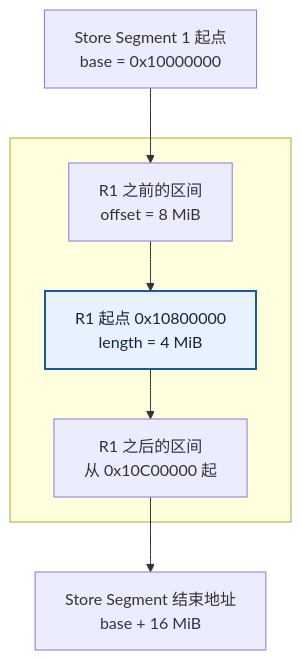
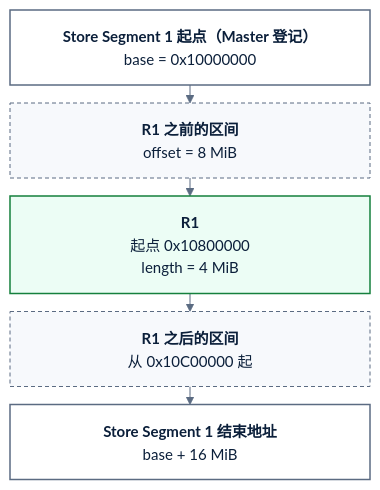
Before and after one commit to Hansyangxingxiang/Mooncake: the second of 2 diagrams in mooncake-kv-cache-series/wechat/02-objects-and-replicas.md, drawn with Mermaid. The commit also changed 9 other files, not shown here.

````diff
--- a/mooncake-kv-cache-series/wechat/02-objects-and-replicas.md
+++ b/mooncake-kv-cache-series/wechat/02-objects-and-replicas.md
@@ -72,14 +72,15 @@
 ```mermaid
+%%{init: {"theme":"base","themeVariables":{"fontFamily":"Noto Sans CJK SC, sans-serif","fontSize":"15px","lineColor":"#5B6B82","edgeLabelBackground":"#FFFFFF"},"flowchart":{"curve":"linear","nodeSpacing":18,"rankSpacing":18,"diagramPadding":4,"htmlLabels":true},"themeCSS":".edgeLabel .label span{font-size:13px !important;line-height:1.3}.nodeLabel{line-height:1.35}"}}%%
 flowchart TB
-    B["Store Segment 1 起点<br/>base = 0x10000000"]
-    subgraph S[" "]
-        P["R1 之前的区间<br/>offset = 8 MiB"]
-        R["R1 起点 0x10800000<br/>length = 4 MiB"]
-        Q["R1 之后的区间<br/>从 0x10C00000 起"]
-        P --> R --> Q
-    end
-    E["Store Segment 结束地址<br/>base + 16 MiB"]
-    B --> P
-    Q --> E
-    style R fill:#e8f2ff,stroke:#175a9e,stroke-width:2px,color:#14263c
+    B["<div style='width:300px;text-align:center'><b>Store Segment 1 起点（Master 登记）</b><br/>base = 0x10000000</div>"]:::edge
+    P["<div style='width:300px;text-align:center'><b>R1 之前的区间</b><br/>offset = 8 MiB</div>"]:::topo
+    R["<div style='width:300px;text-align:center'><b>R1</b><br/>起点 0x10800000<br/>length = 4 MiB</div>"]:::data
+    Q["<div style='width:300px;text-align:center'><b>R1 之后的区间</b><br/>从 0x10C00000 起</div>"]:::topo
+    E["<div style='width:300px;text-align:center'><b>Store Segment 1 结束地址</b><br/>base + 16 MiB</div>"]:::edge
+
+    B --> P --> R --> Q --> E
+
+    classDef edge fill:#FFFFFF,stroke:#5B6B82,stroke-width:1.5px,color:#0B1F3A,font-size:15px
+    classDef topo fill:#F7F9FC,stroke:#5B6B82,stroke-width:1px,stroke-dasharray:4 3,color:#0B1F3A,font-size:15px
+    classDef data fill:#ECFDF5,stroke:#15803D,stroke-width:1.5px,color:#0B1F3A,font-size:15px
 ```
````
